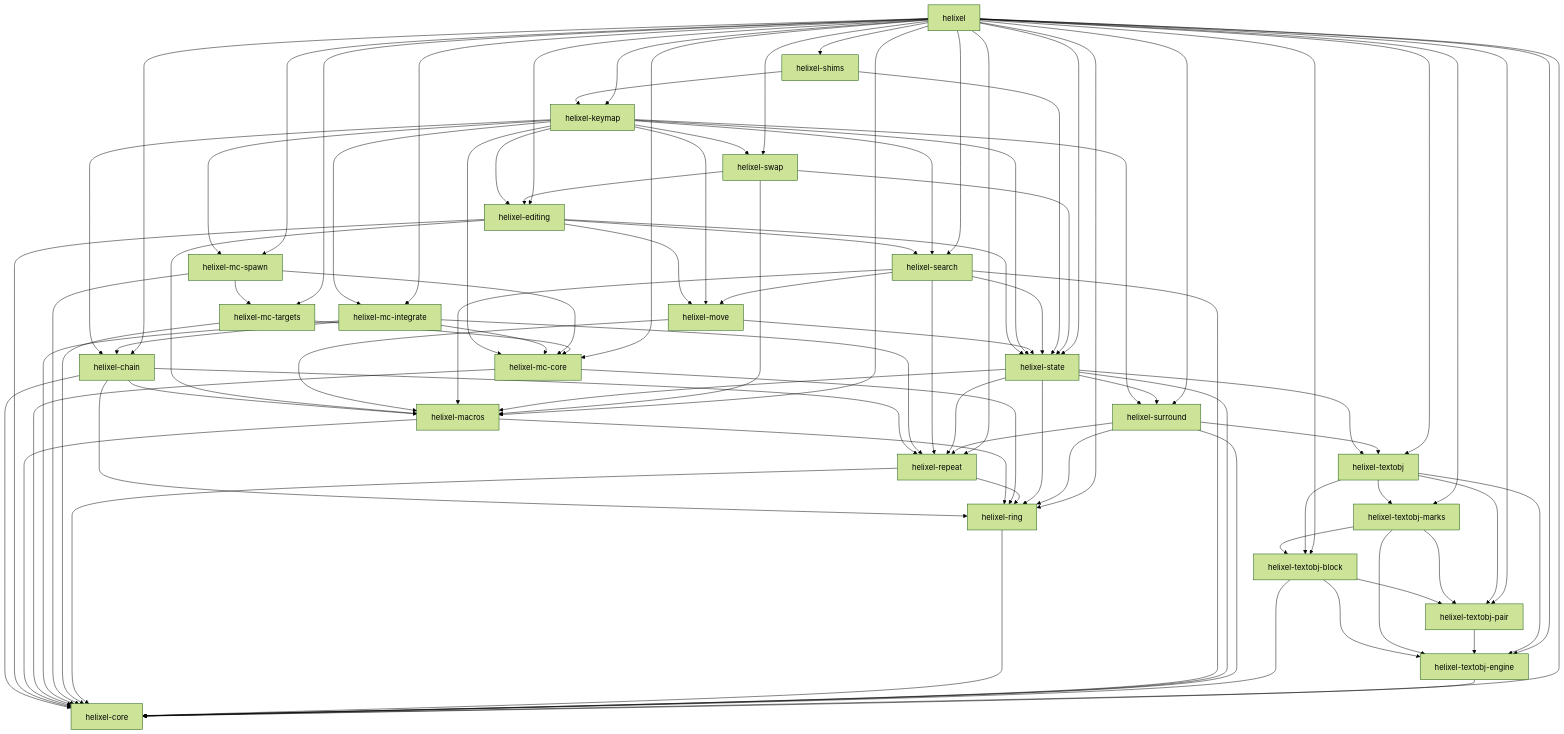
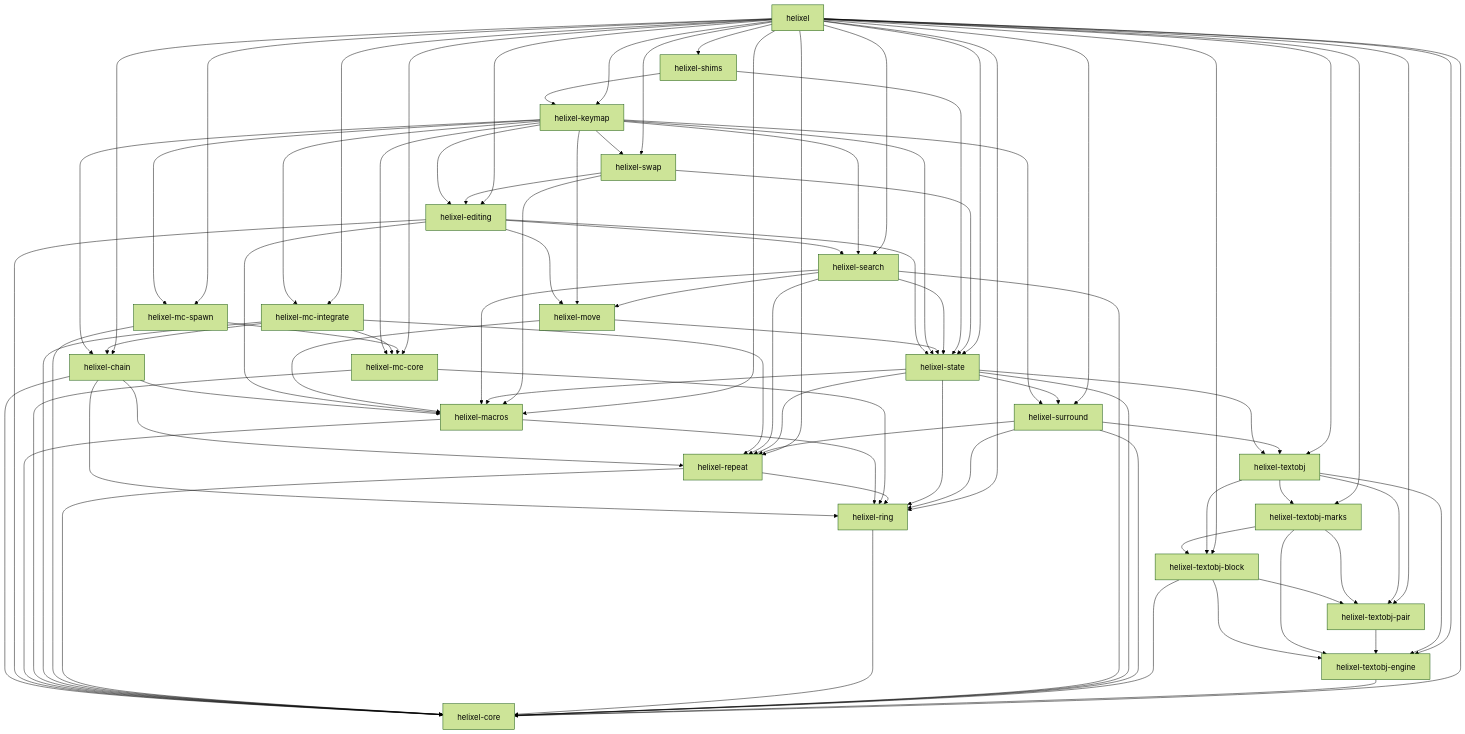
One commit to jixiuf/helixel-mode changed the diagram in docs/DEPGRAPH.md. Above: the diagram before and after it, drawn with Mermaid (forest theme). The commit also changed 6 other files, not shown here.

First line of the commit message:
refactor(mc): consolidate mc-targets into mc-core

```diff
--- a/docs/DEPGRAPH.md
+++ b/docs/DEPGRAPH.md
@@ -34,9 +34,6 @@
   helixel-mc-integrate --> helixel-chain
   helixel-mc-spawn --> helixel-core
   helixel-mc-spawn --> helixel-mc-core
-  helixel-mc-spawn --> helixel-mc-targets
-  helixel-mc-targets --> helixel-core
-  helixel-mc-targets --> helixel-mc-core
   helixel-move --> helixel-state
   helixel-move --> helixel-macros
   helixel-repeat --> helixel-core
@@ -91,7 +88,6 @@
   helixel --> helixel-swap
   helixel --> helixel-keymap
   helixel --> helixel-mc-core
-  helixel --> helixel-mc-targets
   helixel --> helixel-mc-spawn
   helixel --> helixel-mc-integrate
   helixel --> helixel-shims
```
